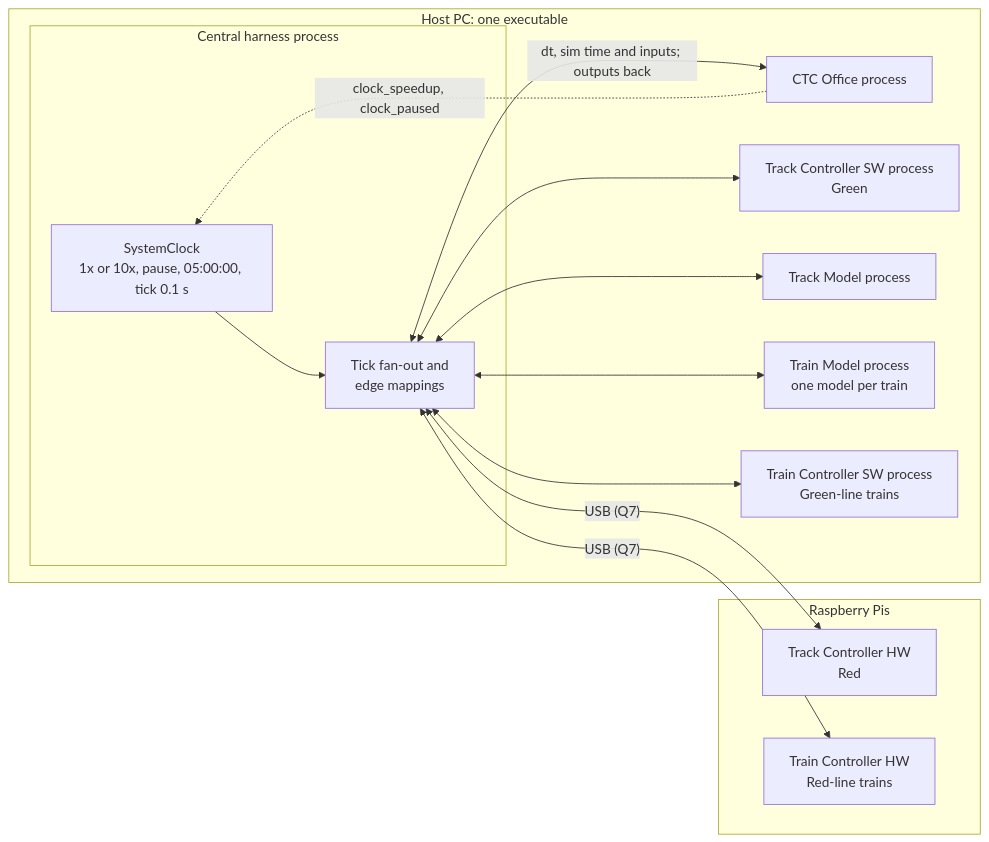
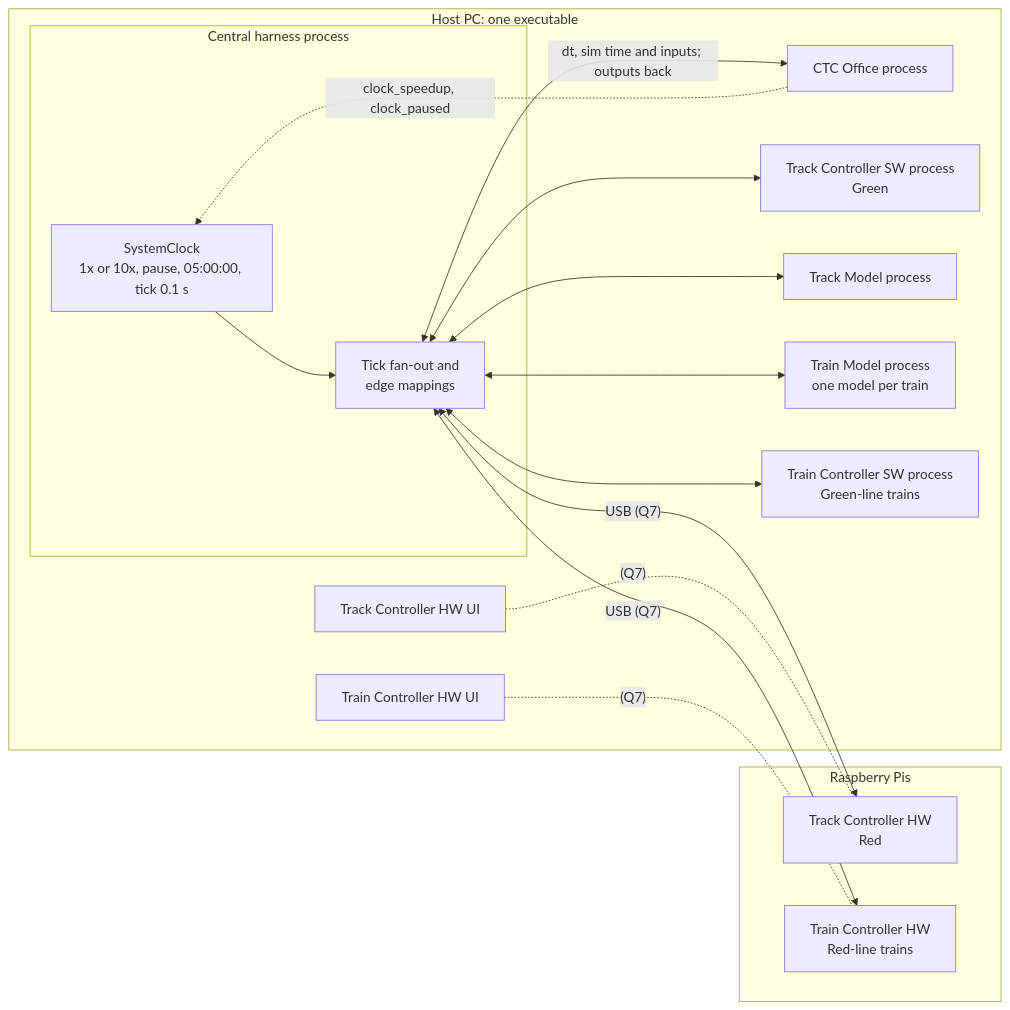
Before and after one commit to Landiss04/Track-Overflow: the diagram in documents/system-integration-design.md, drawn with Mermaid. The commit also changed other lines of this file, not shown here.

````diff
--- a/documents/system-integration-design.md
+++ b/documents/system-integration-design.md
@@ -415,27 +441,31 @@
 ```mermaid
 flowchart LR
     subgraph PC["Host PC: one executable"]
         subgraph H["Central harness process"]
             CLK["SystemClock<br/>1x or 10x, pause, 05:00:00, tick 0.1 s"]
             HUB["Tick fan-out and<br/>edge mappings"]
         end
         CTC["CTC Office process"]
         TKS["Track Controller SW process<br/>Green"]
         TKM["Track Model process"]
         TRM["Train Model process<br/>one model per train"]
         TCS["Train Controller SW process<br/>Green-line trains"]
+        TKHU["Track Controller HW UI"]
+        TCHU["Train Controller HW UI"]
     end
     subgraph PI["Raspberry Pis"]
         TKH["Track Controller HW<br/>Red"]
         TCH["Train Controller HW<br/>Red-line trains"]
     end
     CLK --> HUB
     HUB <-->|"dt, sim time and inputs; outputs back"| CTC
     HUB <--> TKS
     HUB <--> TKM
     HUB <--> TRM
     HUB <--> TCS
     HUB <-->|"USB (Q7)"| TKH
     HUB <-->|"USB (Q7)"| TCH
     CTC -.->|"clock_speedup, clock_paused"| CLK
+    TKHU -.-|"(Q7)"| TKH
+    TCHU -.-|"(Q7)"| TCH
 ```
````
